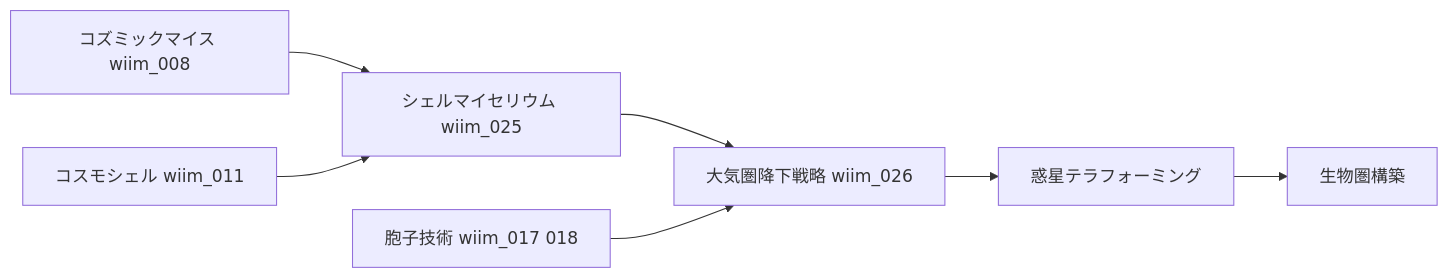
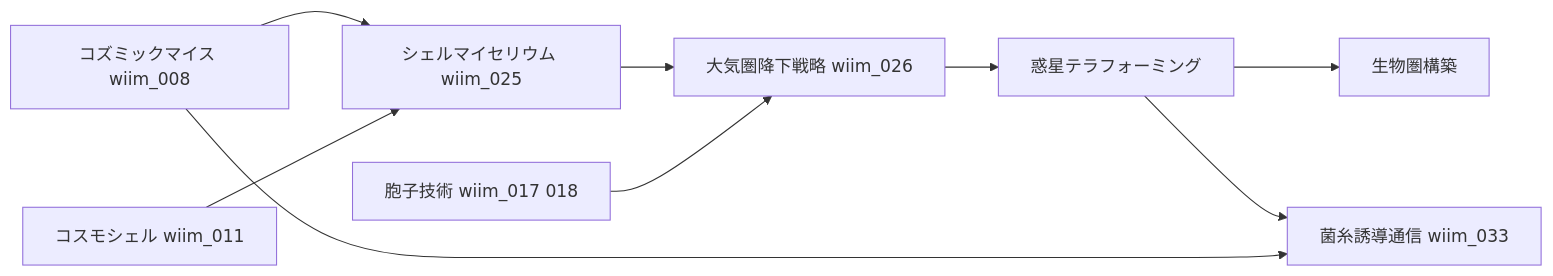
Before and after one commit to theronium/WhatIfImpossible: the second of 3 diagrams in docs/notes/tech_tree.md, drawn with Mermaid. The commit also changed other lines of this file and 10 other files, not shown here.

````diff
--- a/docs/notes/tech_tree.md
+++ b/docs/notes/tech_tree.md
@@ -67,13 +71,15 @@
 ```mermaid
 flowchart LR
     B1[コズミックマイス wiim_008]
     B2[コスモシェル wiim_011]
     B3[胞子技術 wiim_017 018]
 
     B1 --> B4[シェルマイセリウム wiim_025]
     B2 --> B4
     B4 --> B5[大気圏降下戦略 wiim_026]
     B3 --> B5
     B5 --> B6[惑星テラフォーミング]
     B6 --> B7[生物圏構築]
+    B6 --> B8[菌糸誘導通信 wiim_033]
+    B1 --> B8
 ```
````
